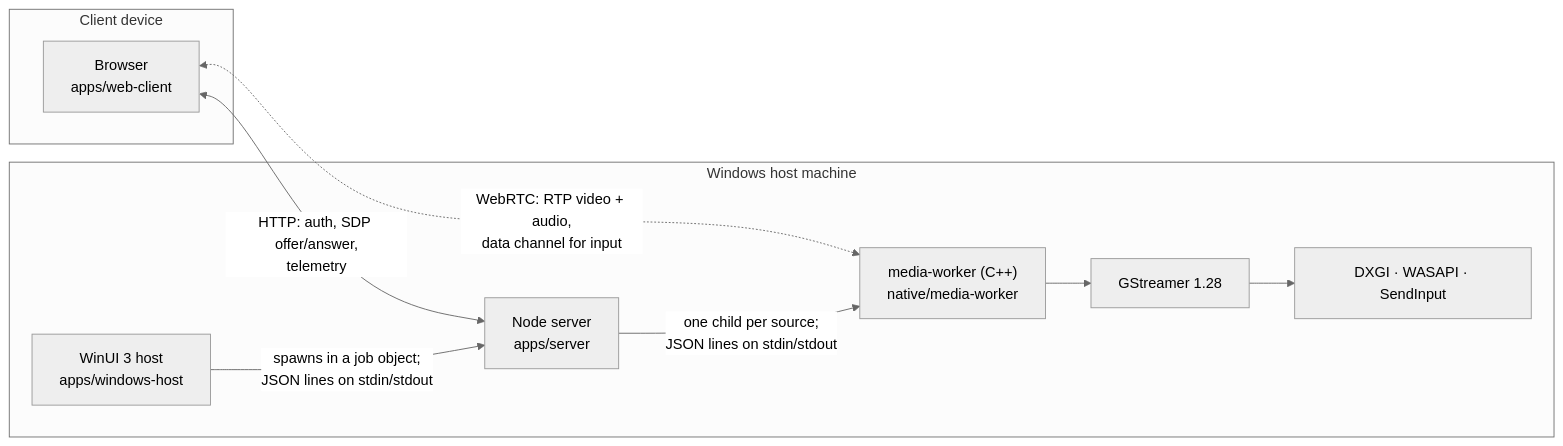
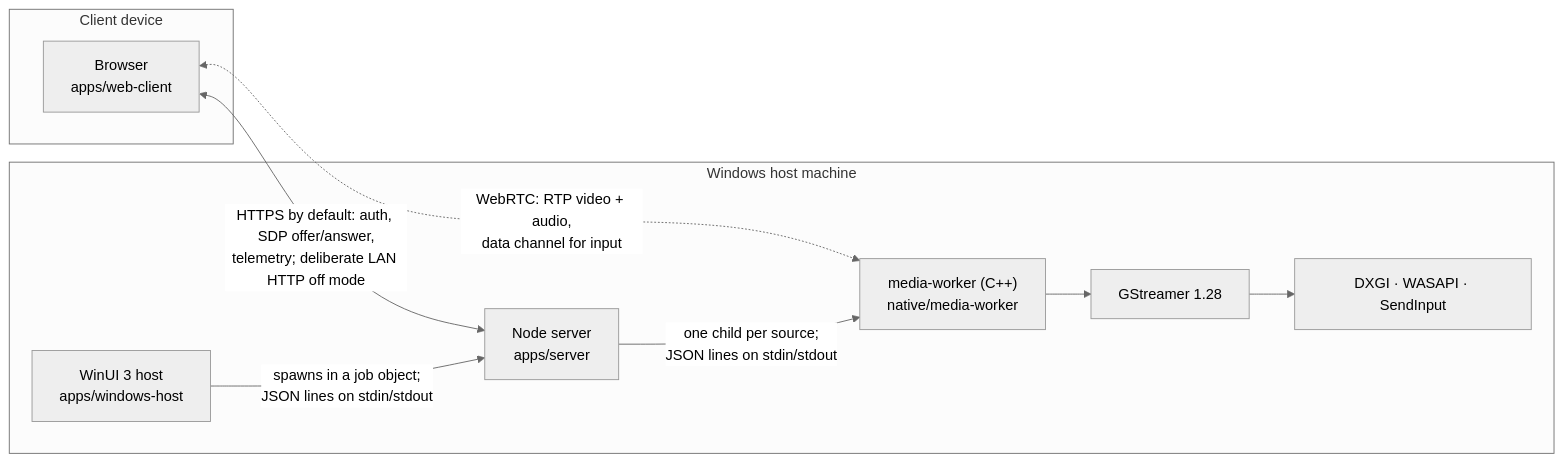
Before and after one commit to kiforsbe/vidvnc: the first of 7 diagrams in docs/ARCHITECTURE.md, drawn with Mermaid (neutral theme). The commit also changed other lines of this file and 7 other files, not shown here.

Commit message:
docs: record LAN-only HTTP and fail-closed TLS status

````diff
--- a/docs/ARCHITECTURE.md
+++ b/docs/ARCHITECTURE.md
@@ -18,20 +18,20 @@
 ```mermaid
 flowchart LR
     subgraph client["Client device"]
         browser["Browser<br/>apps/web-client"]
     end
 
     subgraph machine["Windows host machine"]
         host["WinUI 3 host<br/>apps/windows-host"]
         server["Node server<br/>apps/server"]
         worker["media-worker (C++)<br/>native/media-worker"]
         gst["GStreamer 1.28"]
         win["DXGI · WASAPI · SendInput"]
     end
 
-    browser <-->|"HTTP: auth, SDP offer/answer,<br/>telemetry"| server
+    browser <-->|"HTTPS by default: auth, SDP offer/answer,<br/>telemetry; deliberate LAN HTTP off mode"| server
     browser <-.->|"WebRTC: RTP video + audio,<br/>data channel for input"| worker
     host -->|"spawns in a job object;<br/>JSON lines on stdin/stdout"| server
     server -->|"one child per source;<br/>JSON lines on stdin/stdout"| worker
     worker --> gst --> win
 ```
````
